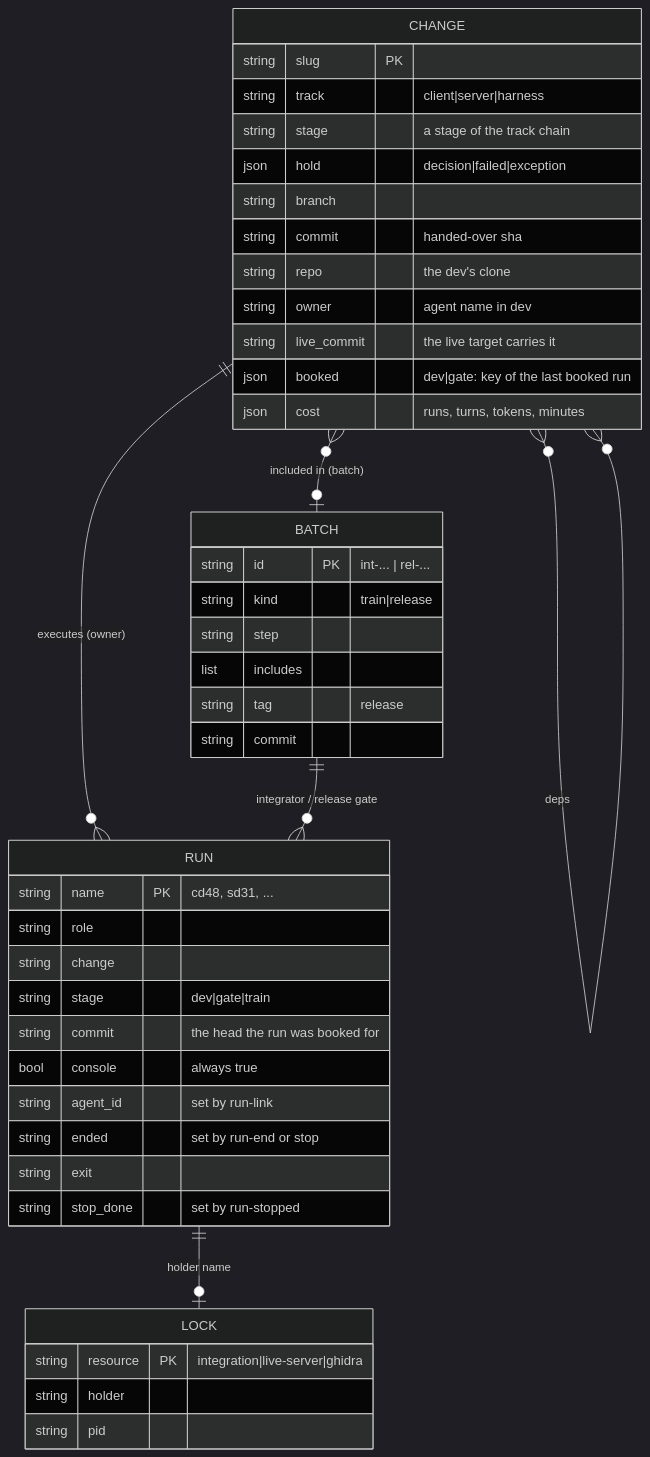
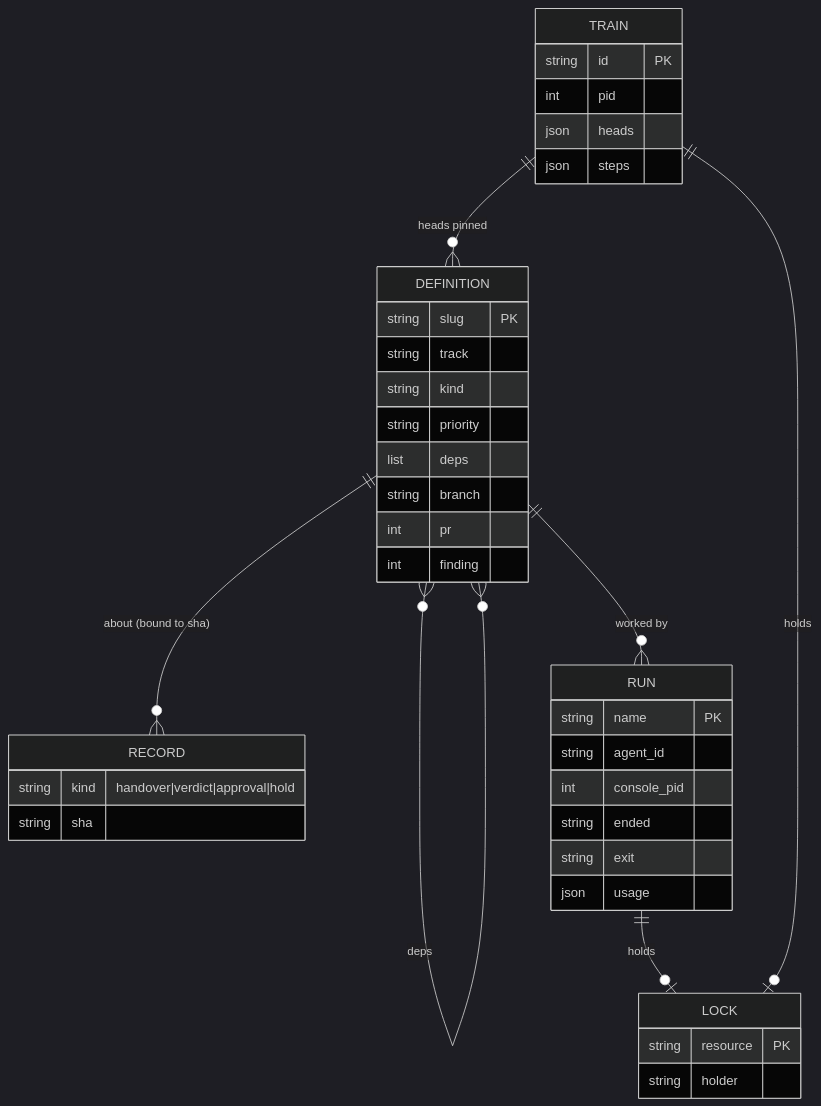
One commit to AlexPerrin/osrs-harness changed the second of 6 diagrams in docs/ARCHITECTURE.md. Above: the diagram before and after it, drawn with Mermaid (dark theme). The commit also changed other lines of this file and 3 other files, not shown here.

Commit message:
docs: v7 source docs (PROBLEM, PRD, ARCHITECTURE) and the build proposal

````diff
--- a/docs/ARCHITECTURE.md
+++ b/docs/ARCHITECTURE.md
@@ -107,46 +88,14 @@
 ```mermaid
 erDiagram
-  CHANGE ||--o{ RUN : "executes (owner)"
-  CHANGE }o--o{ CHANGE : "deps"
-  CHANGE }o--o| BATCH : "included in (batch)"
-  BATCH ||--o{ RUN : "integrator / release gate"
-  RUN ||--o| LOCK : "holder name"
-  CHANGE {
-    string slug PK
-    string track "client|server|harness"
-    string stage "a stage of the track chain"
-    json hold "decision|failed|exception"
-    string branch
-    string commit "handed-over sha"
-    string repo "the dev's clone"
-    string owner "agent name in dev"
-    string live_commit "the live target carries it"
-    json booked "dev|gate: key of the last booked run"
-    json cost "runs, turns, tokens, minutes"
-  }
-  RUN {
-    string name PK "cd48, sd31, ..."
-    string role
-    string change
-    string stage "dev|gate|train"
-    string commit "the head the run was booked for"
-    bool console "always true"
-    string agent_id "set by run-link"
-    string ended "set by run-end or stop"
-    string exit
-    string stop_done "set by run-stopped"
-  }
-  BATCH {
-    string id PK "int-... | rel-..."
-    string kind "train|release"
-    string step
-    list includes
-    string tag "release"
-    string commit
-  }
-  LOCK {
-    string resource PK "integration|live-server|ghidra"
-    string holder
-    string pid
-  }
+  DEFINITION ||--o{ RECORD : "about (bound to sha)"
+  DEFINITION ||--o{ RUN : "worked by"
+  DEFINITION }o--o{ DEFINITION : deps
+  TRAIN ||--o{ DEFINITION : "heads pinned"
+  RUN ||--o| LOCK : holds
+  TRAIN ||--o| LOCK : holds
+  DEFINITION { string slug PK  string track  string kind  string priority  list deps  string branch  int pr  int finding }
+  RECORD { string kind "handover|verdict|approval|hold"  string sha }
+  RUN { string name PK  string agent_id  int console_pid  string ended  string exit  json usage }
+  LOCK { string resource PK  string holder }
+  TRAIN { string id PK  int pid  json heads  json steps }
 ```
````
